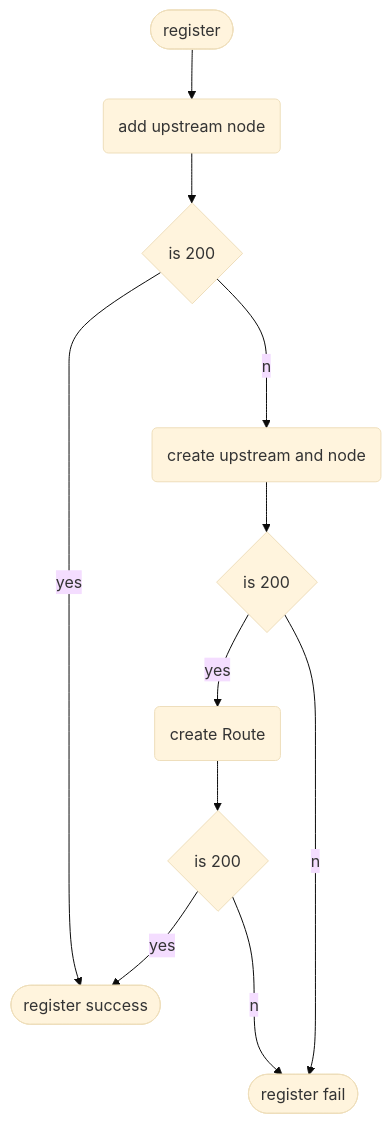
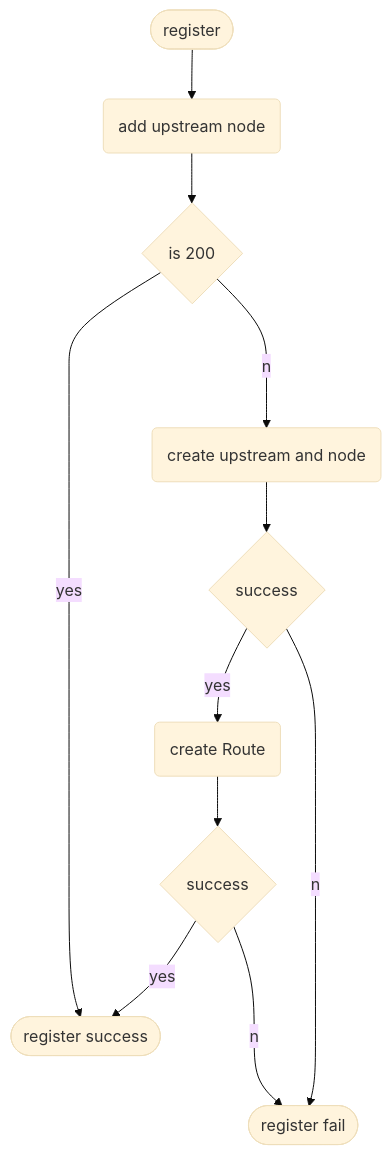
One commit to galaxy-sea/galaxy-blogs changed the second of 3 diagrams in Spring-Cloud/Spring Cloud APISIX.md. Above: the diagram before and after it, drawn with Mermaid (base theme). The commit also changed other lines of this file, not shown here.

````diff
--- a/Spring-Cloud/Spring Cloud APISIX.md
+++ b/Spring-Cloud/Spring Cloud APISIX.md
@@ -47,11 +54,11 @@
 ```mermaid
 flowchart TD
     register([register]) --> putnode(add upstream node) --> register200{is 200}
     register200 --yes------> registerSuccess([register success])
-    register200 --no--> putUpstream(create upstream and node) --> upstream200{is 200}
+    register200 --no--> putUpstream(create upstream and node) --> upstream200{success}
     upstream200 --yes--> putRoute(create Route)
     upstream200 --no----> registerFail([register fail])
-    putRoute --> Route200{is 200}
+    putRoute --> Route200{success}
     Route200 --yes--> registerSuccess([register success])
     Route200 --no--> registerFail([register fail])
 ```
````
